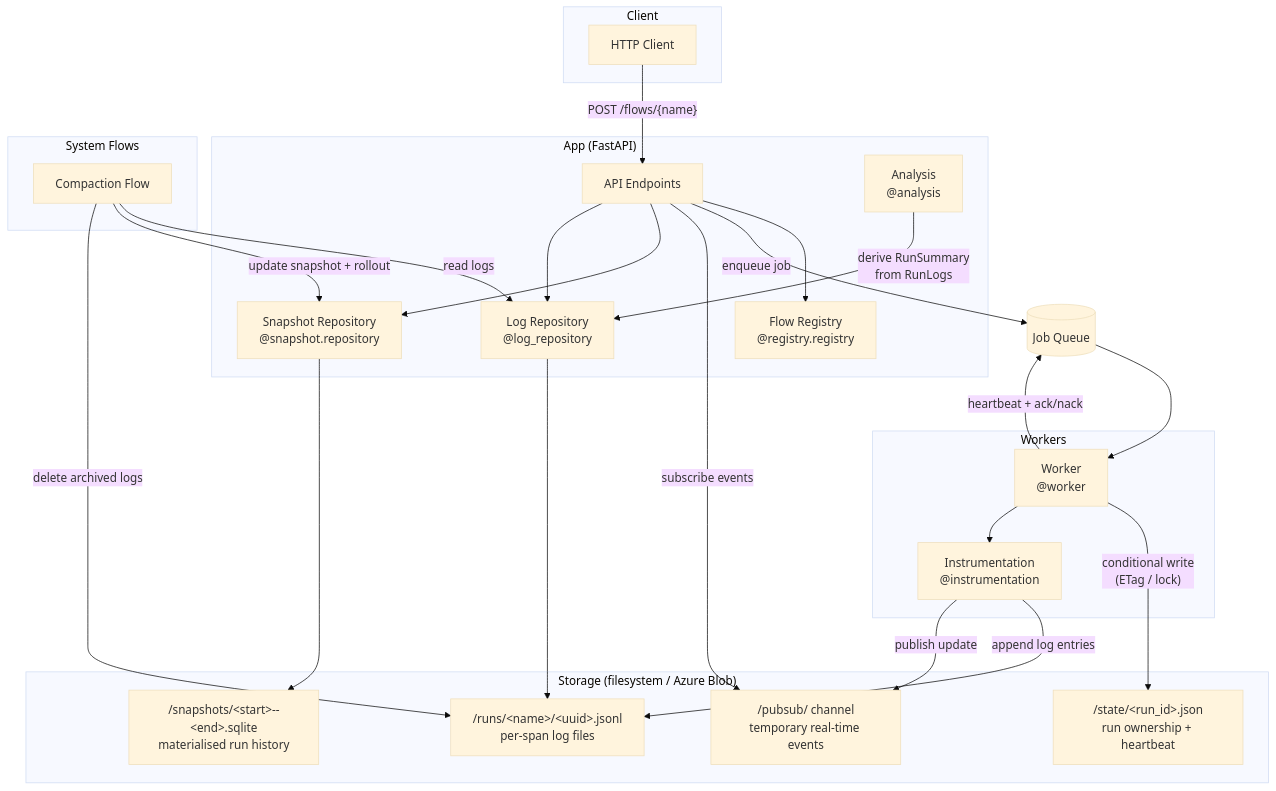
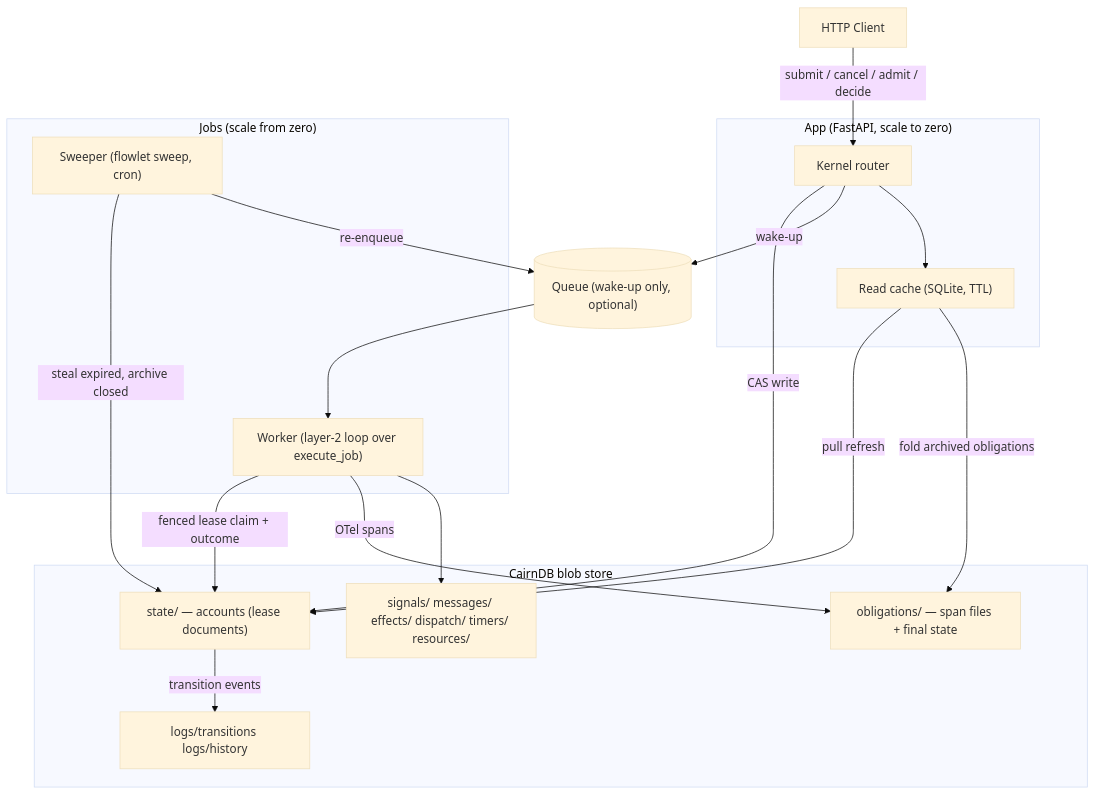
One commit to Quadratic-Labs/flowli changed the first of 2 diagrams in flowlet-api/docs/architecture.md. Above: the diagram before and after it, drawn with Mermaid (base theme). The commit also changed other lines of this file and 3 other files, not shown here.

````diff
--- a/flowlet-api/docs/architecture.md
+++ b/flowlet-api/docs/architecture.md
@@ -94,53 +222,37 @@
 ```mermaid
 graph TD
-    subgraph Client
-        HTTP[HTTP Client]
+    Client[HTTP Client]
+
+    subgraph App["App (FastAPI, scale to zero)"]
+        API[Kernel router]
+        Cache["Read cache (SQLite, TTL)"]
     end
 
-    subgraph App["App (FastAPI)"]
-        API[API Endpoints]
-        Registry["Flow Registry\n@registry.registry"]
-        SnapshotRepo["Snapshot Repository\n@snapshot.repository"]
-        LogRepo["Log Repository\n@log_repository"]
-        Analysis["Analysis\n@analysis"]
+    subgraph Jobs["Jobs (scale from zero)"]
+        Worker["Worker (layer-2 loop over execute_job)"]
+        Sweeper["Sweeper (flowlet sweep, cron)"]
     end
 
-    subgraph Workers["Workers"]
-        Worker["Worker\n@worker"]
-        Instrumentation["Instrumentation\n@instrumentation"]
+    Queue[("Queue (wake-up only, optional)")]
+
+    subgraph Store["CairnDB blob store"]
+        State["state/ — accounts (lease documents)"]
+        Runs["obligations/ — span files + final state"]
+        Prim["signals/ messages/ effects/ dispatch/ timers/ resources/"]
+        Logs["logs/transitions logs/history"]
     end
 
-    subgraph SystemFlows["System Flows"]
-        Compaction[Compaction Flow]
-    end
-
-    subgraph Storage["Storage (filesystem / Azure Blob)"]
-        Logs["/runs/&lt;name&gt;/&lt;uuid&gt;.jsonl\nper-span log files"]
-        State["/state/&lt;run_id&gt;.json\nrun ownership + heartbeat"]
-        Snapshots["/snapshots/&lt;start&gt;--&lt;end&gt;.sqlite\nmaterialised run history"]
-        PubSubStorage["/pubsub/ channel\ntemporary real-time events"]
-    end
-
-    Queue[(Job Queue)]
-
-    HTTP -->|"POST /flows/{name}"| API
-    API --> Registry
-    API -->|enqueue job| Queue
-    API -->|subscribe events| PubSubStorage
-    API --> SnapshotRepo
-    API --> LogRepo
-    LogRepo --> Logs
-    SnapshotRepo --> Snapshots
-    Analysis -->|"derive RunSummary\nfrom RunLogs"| LogRepo
-
+    Client -->|"submit / cancel / admit / decide"| API
+    API -->|"CAS write"| State
+    API -->|wake-up| Queue
+    API --> Cache
+    Cache -->|"pull refresh"| State
+    Cache -->|"fold archived obligations"| Runs
     Queue --> Worker
-    Worker -->|"conditional write\n(ETag / lock)"| State
-    Worker --> Instrumentation
-    Instrumentation -->|append log entries| Logs
-    Instrumentation -->|publish update| PubSubStorage
-    Worker -->|heartbeat + ack/nack| Queue
-
-    Compaction -->|read logs| LogRepo
-    Compaction -->|update snapshot + rollout| SnapshotRepo
-    Compaction -->|delete archived logs| Logs
+    Worker -->|"fenced lease claim + outcome"| State
+    Worker -->|"OTel spans"| Runs
+    Worker --> Prim
+    Sweeper -->|"steal expired, archive closed"| State
+    Sweeper -->|re-enqueue| Queue
+    State -->|"transition events"| Logs
 ```
````
